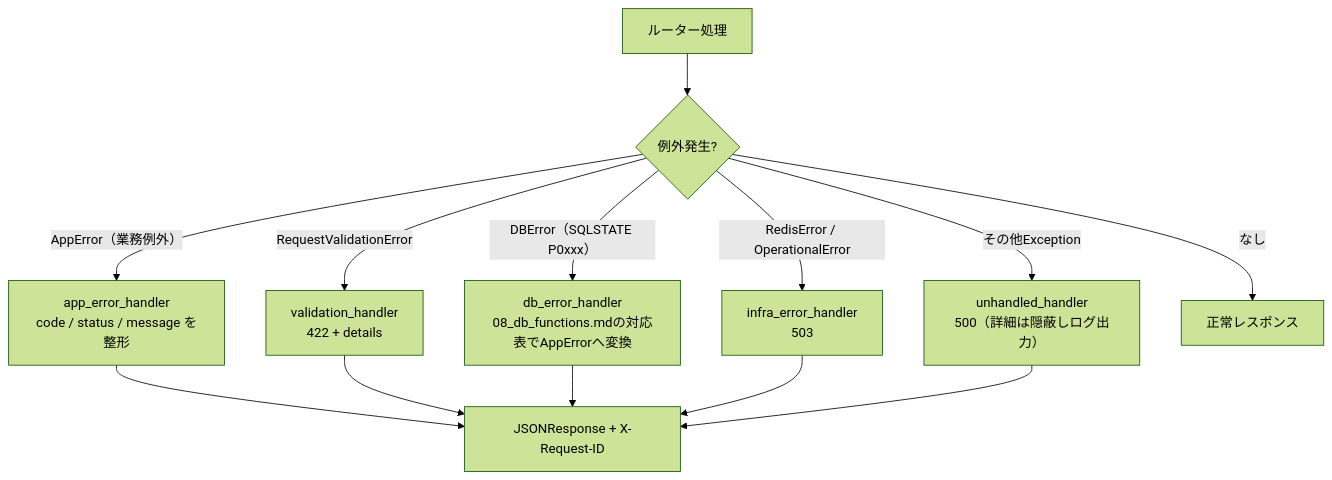
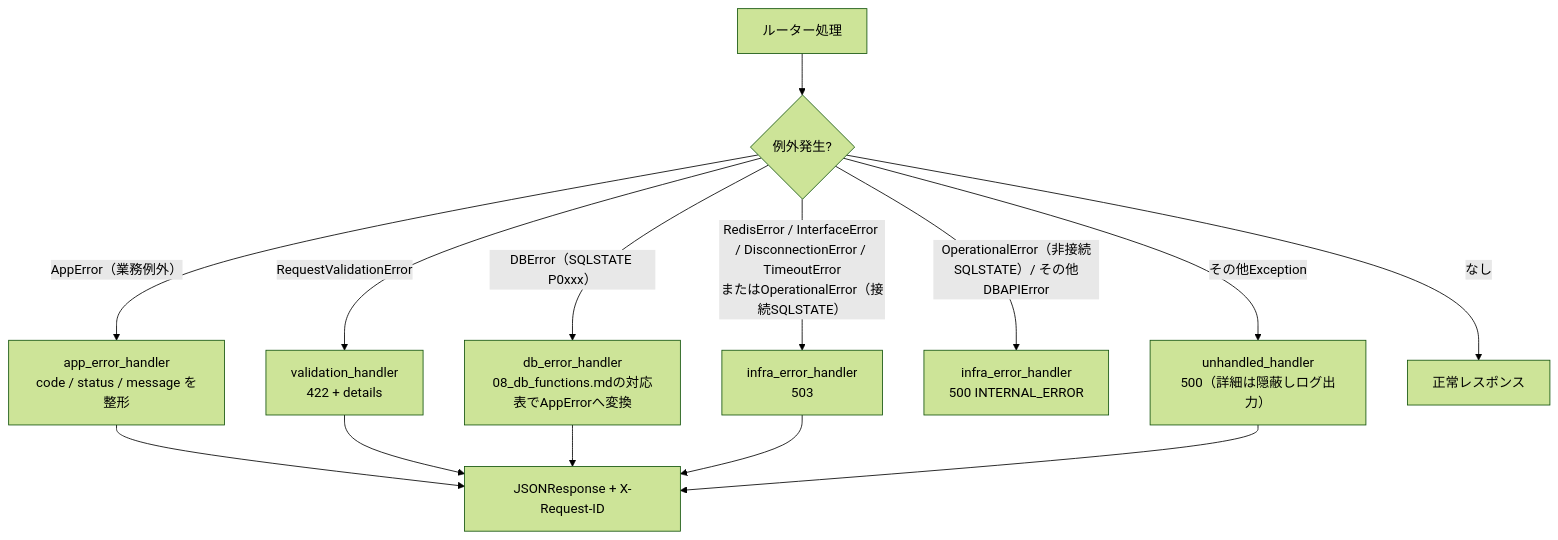
The first of 4 diagrams in docs/basic_design/04_api.md (oikawa-d/task_management), drawn with Mermaid (forest theme) before and after one commit. The commit also changed 17 other files, not shown here.

````diff
--- a/docs/basic_design/04_api.md
+++ b/docs/basic_design/04_api.md
@@ -464,15 +464,16 @@
 ```mermaid
 flowchart TB
     A["ルーター処理"] --> B{"例外発生?"}
     B -->|"AppError（業務例外）"| C["app_error_handler<br/>code / status / message を整形"]
     B -->|"RequestValidationError"| D["validation_handler<br/>422 + details"]
     B -->|"DBError（SQLSTATE P0xxx）"| E["db_error_handler<br/>08_db_functions.mdの対応表でAppErrorへ変換"]
-    B -->|"RedisError / OperationalError"| F["infra_error_handler<br/>503"]
+    B -->|"RedisError / InterfaceError / DisconnectionError / TimeoutError<br/>またはOperationalError（接続SQLSTATE）"| F["infra_error_handler<br/>503"]
+    B -->|"OperationalError（非接続SQLSTATE）/ その他DBAPIError"| G2["infra_error_handler<br/>500 INTERNAL_ERROR"]
     B -->|"その他Exception"| G["unhandled_handler<br/>500（詳細は隠蔽しログ出力）"]
     B -->|なし| H["正常レスポンス"]
     C --> I["JSONResponse + X-Request-ID"]
     D --> I
     E --> I
     F --> I
     G --> I
 ```
````
